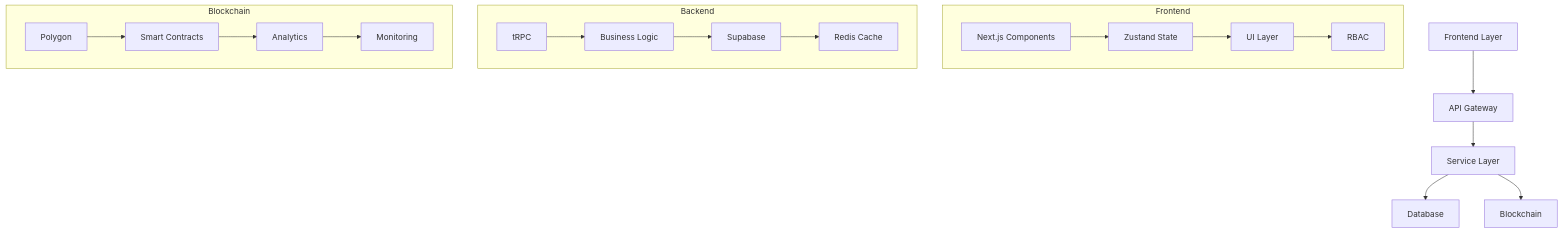
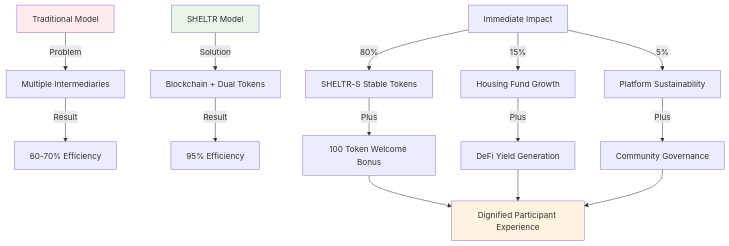
Before and after one commit to mrj0nesmtl/sheltr-ai: the diagram in docs/01-overview/hacking_homelessness.md, drawn with Mermaid. The commit also changed other lines of this file and 25 other files, not shown here.

````diff
--- a/docs/01-overview/hacking_homelessness.md
+++ b/docs/01-overview/hacking_homelessness.md
@@ -80,25 +42,24 @@
 ```mermaid
 graph TD
-    A[Frontend Layer] --> B[API Gateway]
-    B --> C[Service Layer]
-    C --> D[Database]
-    C --> E[Blockchain]
+    A[Traditional Model] -->|Problem| B[Multiple Intermediaries]
+    B -->|Result| C[60-70% Efficiency]
     
-    subgraph Frontend
-    F[Next.js Components] --> G[Zustand State]
-    G --> H[UI Layer]
-    H --> I[RBAC]
-    end
+    D[SHELTR Model] -->|Solution| E[Blockchain + Dual Tokens]
+    E -->|Result| F[95% Efficiency]
     
-    subgraph Backend
-    J[tRPC] --> K[Business Logic]
-    K --> L[Supabase]
-    L --> M[Redis Cache]
-    end
+    G[Immediate Impact] -->|80%| H[SHELTR-S Stable Tokens]
+    G -->|15%| I[Housing Fund Growth]
+    G -->|5%| J[Platform Sustainability]
     
-    subgraph Blockchain
-    N[Polygon] --> O[Smart Contracts]
-    O --> P[Analytics]
-    P --> Q[Monitoring]
-    end
+    H -->|Plus| K[100 Token Welcome Bonus]
+    I -->|Plus| L[DeFi Yield Generation]
+    J -->|Plus| M[Community Governance]
+    
+    K --> N[Dignified Participant Experience]
+    L --> N
+    M --> N
+    
+    style A fill:#ffebee
+    style D fill:#e8f5e8
+    style N fill:#fff3e0
 ```
````
